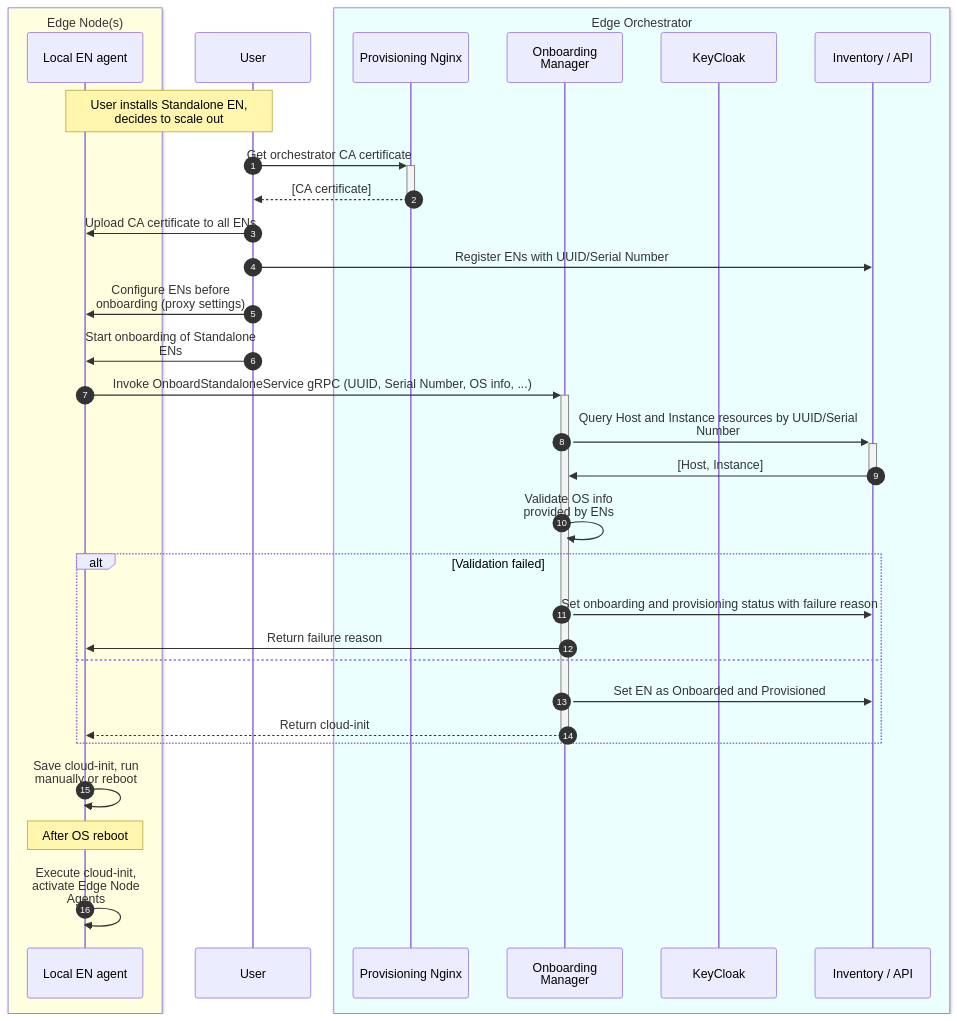
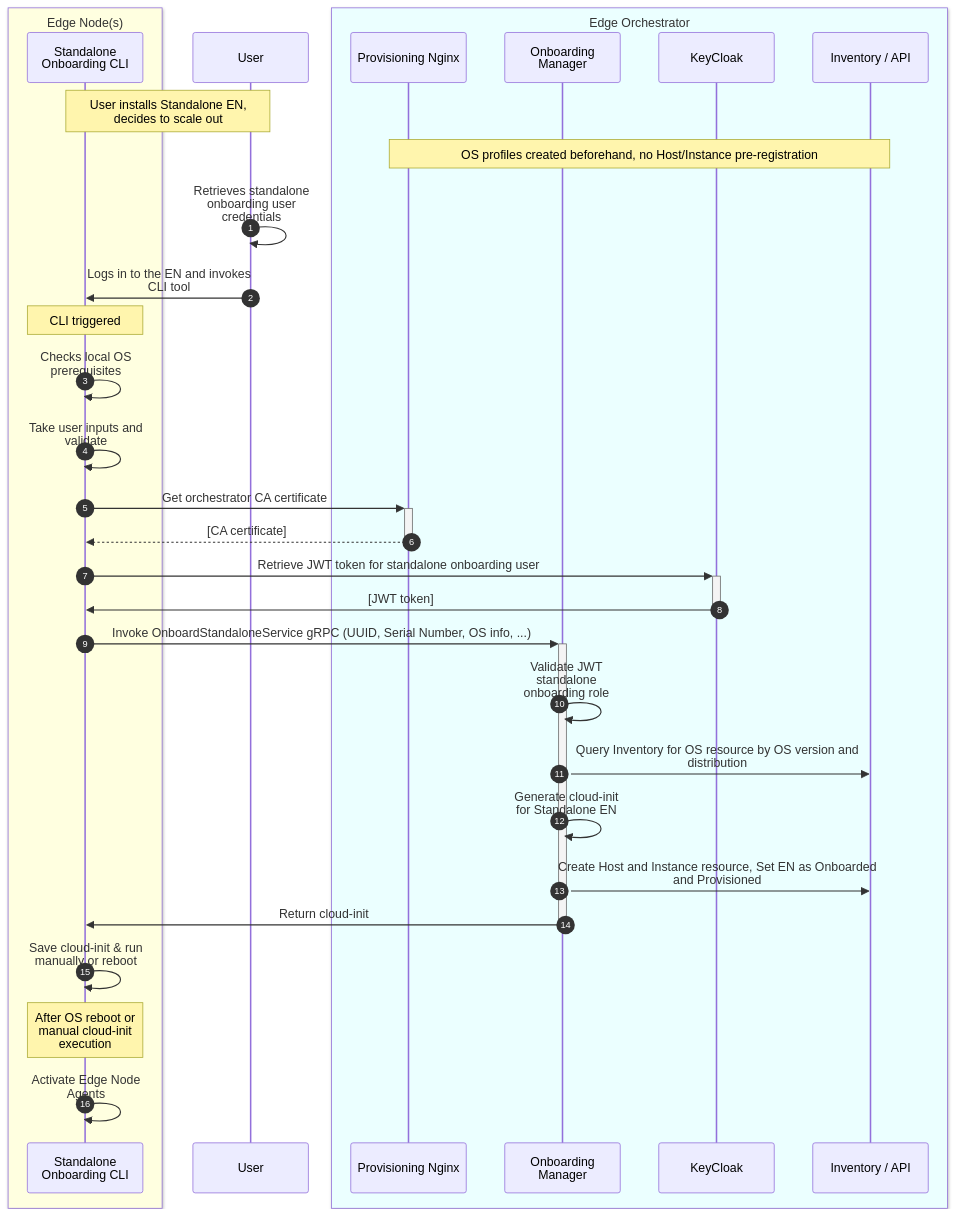
The diagram in design-proposals/eim-standalone-managed-en.md (open-edge-platform/edge-manageability-framework), drawn with Mermaid before and after one commit. The commit also changed other lines of this file, not shown here.

Commit message:
first version

````diff
--- a/design-proposals/eim-standalone-managed-en.md
+++ b/design-proposals/eim-standalone-managed-en.md
@@ -58,54 +52,56 @@
 ```mermaid
 sequenceDiagram
 %%{wrap}%%
 autonumber
 
   box LightYellow Edge Node(s)
-  participant emfctl as Local EN agent
+  participant ctl as Standalone Onboarding CLI
   end
 
   participant user as User
 
   box rgb(235,255,255) Edge Orchestrator
 
   participant pa as Provisioning Nginx
   participant om as Onboarding Manager
   participant kc as KeyCloak
   participant inv as Inventory / API
 
   end
 
-  note over emfctl,user: User installs Standalone EN, decides to scale out
+  note over ctl,user: User installs Standalone EN, decides to scale out
 
-  user->>+pa: Get orchestrator CA certificate
-  pa-->>-user: [CA certificate]
+  note over pa,inv: OS profiles created beforehand, no Host/Instance pre-registration
 
-  user->>emfctl: Upload CA certificate to all ENs
+  user->>user: Retrieves standalone onboarding user credentials 
+  user->>ctl: Logs in to the EN and invokes CLI tool
+  
+  note over ctl: CLI triggered
 
-  user->>inv: Register ENs with UUID/Serial Number
+  ctl->>ctl: Checks local OS prerequisites
 
-  user->>emfctl: Configure ENs before onboarding (proxy settings)
+  ctl->>ctl: Take user inputs and validate
 
-  user->>emfctl: Start onboarding of Standalone ENs
+  ctl->>+pa: Get orchestrator CA certificate
+  pa-->>-ctl: [CA certificate]
 
-  emfctl->>+om: Invoke OnboardStandaloneService gRPC (UUID, Serial Number, OS info, ...)
+  ctl->>+kc: Retrieve JWT token for standalone onboarding user
+  kc->>-ctl: [JWT token]
 
-  om->>+inv: Query Host and Instance resources by UUID/Serial Number
-  inv->>-om: [Host, Instance]
+  ctl->>+om: Invoke OnboardStandaloneService gRPC (UUID, Serial Number, OS info, ...)
 
-  om->>om: Validate OS info provided by ENs
+  om->>om: Validate JWT standalone onboarding role
 
-  alt Validation failed
-      om->>inv: Set onboarding and provisioning status with failure reason
-      om->>emfctl: Return failure reason
-  else
-      om->>inv: Set EN as Onboarded and Provisioned
-      om-->>-emfctl: Return cloud-init
-  end
+  om->>inv: Query Inventory for OS resource by OS version and distribution
 
-  emfctl->>emfctl: Save cloud-init, run manually or reboot
+  om->>om: Generate cloud-init for Standalone EN
 
-  note over emfctl: After OS reboot
+  om->>inv: Create Host and Instance resource, Set EN as Onboarded and Provisioned
+  om->>-ctl: Return cloud-init
 
-  emfctl->>emfctl: Execute cloud-init, activate Edge Node Agents
+  ctl->>ctl: Save cloud-init & run manually or reboot
+
+  note over ctl: After OS reboot or manual cloud-init execution
+
+  ctl->>ctl: Activate Edge Node Agents
 ```
````
